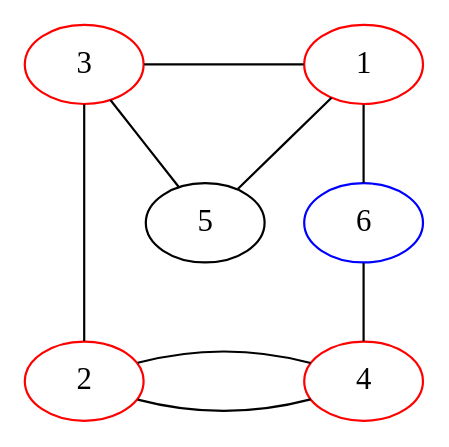
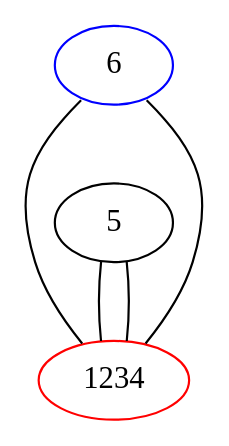
The diagram in sprouts/start_2_nodes_reduced/11312.dot (bilboquet/gamelib), drawn with Graphviz before and after one commit. The commit also changed 10 other files, not shown here.

```diff
--- a/sprouts/start_2_nodes_reduced/11312.dot
+++ b/sprouts/start_2_nodes_reduced/11312.dot
@@ -1,32 +1,13 @@
 graph {
-  3 -- 1;
-  1 -- 6 [weight=4];
-  1 -- 5;
-  3 -- 2 [weight=3];
-  2 -- 4 [minlen=2];
-  2 -- 4;
-  5 -- 3;
-  6 -- 4 [weight=3];
-
+  6:se -- 1234;
+  6:sw -- 1234;
+  6 -- 5 [style="invis"];
+  1234 -- 5;
+  5 -- 1234;
   {
-    rank="same";
-    3;
-    1;
-
+    rank="sink";
+    1234;
   }
-
-
-  {
-    rank="max";
-    2;
-    4;
-
-  }
-
-  1 [color="red"];
-  2 [color="red"];
-  3 [color="red"];
-  4 [color="red"];
+  1234 [color="red"];
   6 [color="blue"];
-
 }
```
